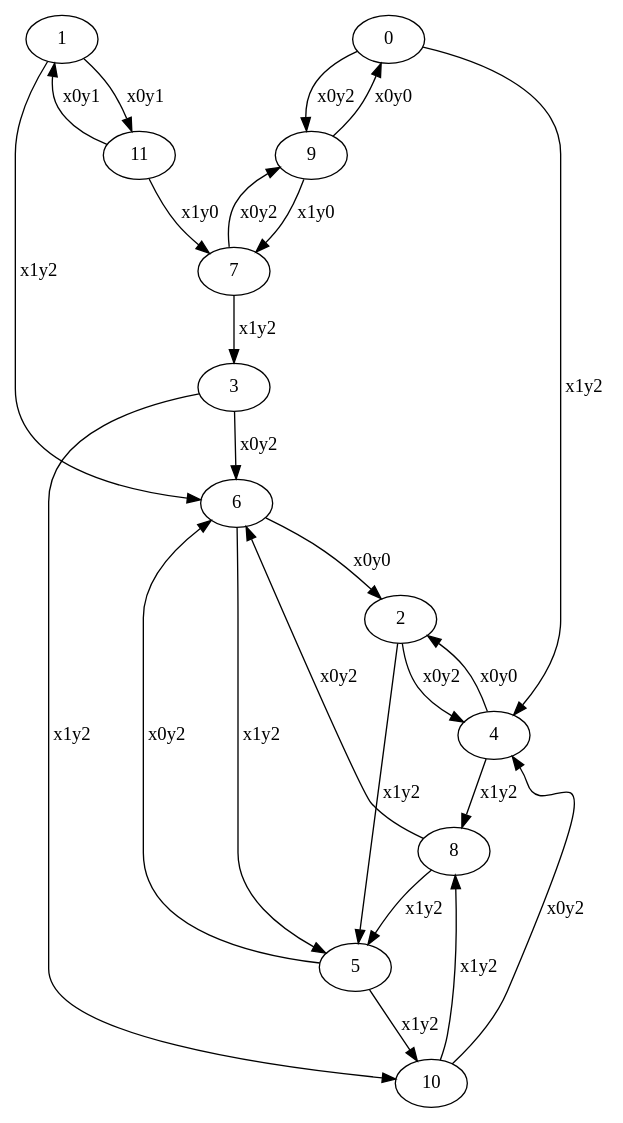
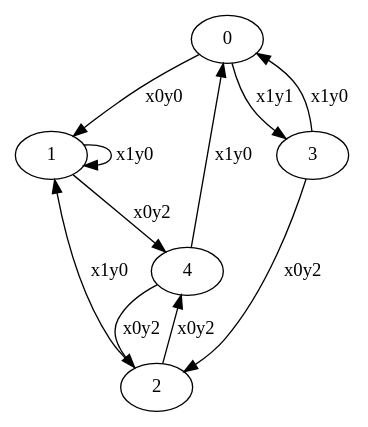
The diagram in transfer/graph.dot (waslost0/tafl), drawn with Graphviz before and after one commit. The commit also changed 2 other files, not shown here.

```diff
--- a/transfer/graph.dot
+++ b/transfer/graph.dot
@@ -1,26 +1,12 @@
 digraph {
-	0 -> 9[label=x0y2];
-	0 -> 4[label=x1y2];
-	1 -> 11[label=x0y1];
-	1 -> 6[label=x1y2];
+	0 -> 1[label=x0y0];
+	0 -> 3[label=x1y1];
+	1 -> 4[label=x0y2];
+	1 -> 1[label=x1y0];
 	2 -> 4[label=x0y2];
-	2 -> 5[label=x1y2];
-	3 -> 6[label=x0y2];
-	3 -> 10[label=x1y2];
-	4 -> 2[label=x0y0];
-	4 -> 8[label=x1y2];
-	5 -> 6[label=x0y2];
-	5 -> 10[label=x1y2];
-	6 -> 2[label=x0y0];
-	6 -> 5[label=x1y2];
-	7 -> 9[label=x0y2];
-	7 -> 3[label=x1y2];
-	8 -> 6[label=x0y2];
-	8 -> 5[label=x1y2];
-	9 -> 0[label=x0y0];
-	9 -> 7[label=x1y0];
-	10 -> 4[label=x0y2];
-	10 -> 8[label=x1y2];
-	11 -> 1[label=x0y1];
-	11 -> 7[label=x1y0];
+	2 -> 1[label=x1y0];
+	3 -> 2[label=x0y2];
+	3 -> 0[label=x1y0];
+	4 -> 2[label=x0y2];
+	4 -> 0[label=x1y0];
 }
```
